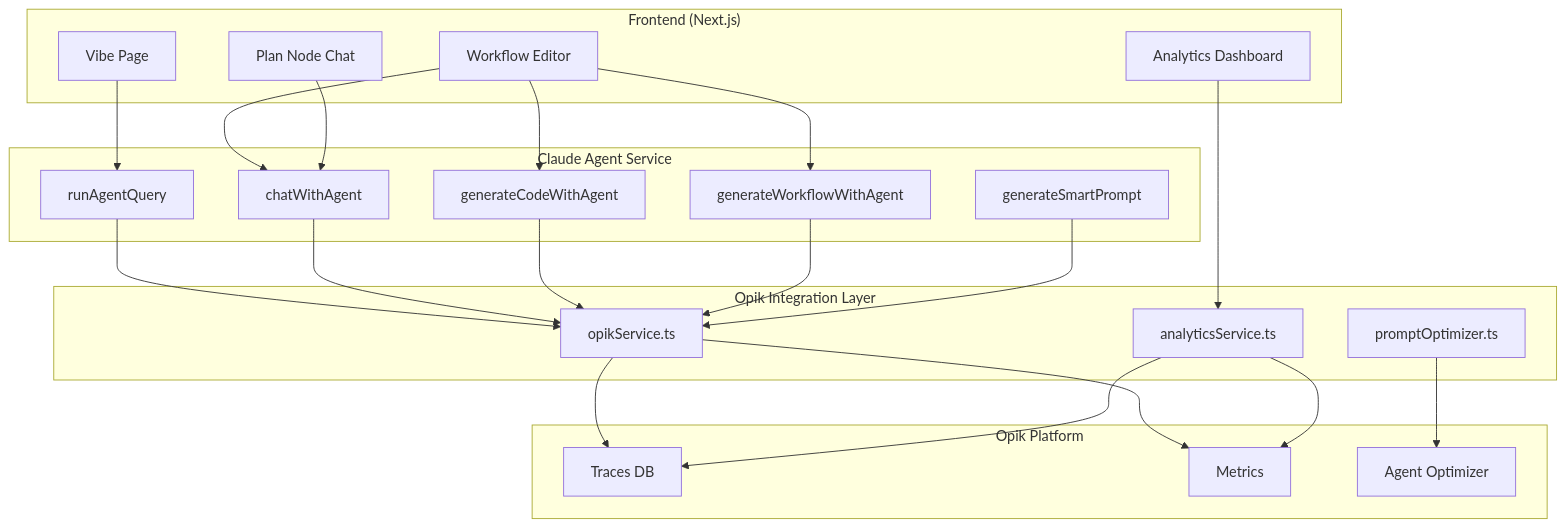
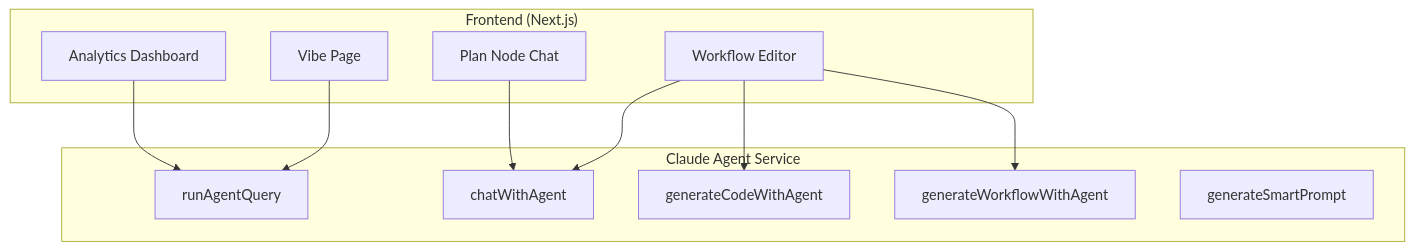
One commit to Axio-Lab/verxio-api changed the diagram in README.md. Above: the diagram before and after it, drawn with Mermaid. The commit also changed 22 other files, not shown here.

````diff
--- a/README.md
+++ b/README.md
@@ -25,49 +25,25 @@
 ```mermaid
 flowchart TB
     subgraph Frontend["Frontend (Next.js)"]
         VibePage[Vibe Page]
         WorkflowEditor[Workflow Editor]
         PlanNode[Plan Node Chat]
         AnalyticsPage[Analytics Dashboard]
     end
     
     subgraph AgentService["Claude Agent Service"]
         runAgentQuery[runAgentQuery]
         chatWithAgent[chatWithAgent]
         generateCode[generateCodeWithAgent]
         generateWorkflow[generateWorkflowWithAgent]
         generateSmartPrompt[generateSmartPrompt]
     end
     
-    subgraph OpikLayer["Opik Integration Layer"]
-        OpikService[opikService.ts]
-        PromptOptimizer[promptOptimizer.ts]
-        AnalyticsService[analyticsService.ts]
-    end
-    
-    subgraph Opik["Opik Platform"]
-        Traces[Traces DB]
-        Metrics[Metrics]
-        Optimizer[Agent Optimizer]
-    end
-    
     VibePage --> runAgentQuery
     WorkflowEditor --> generateWorkflow
     WorkflowEditor --> chatWithAgent
     PlanNode --> chatWithAgent
     WorkflowEditor --> generateCode
     
-    runAgentQuery --> OpikService
-    chatWithAgent --> OpikService
-    generateCode --> OpikService
-    generateWorkflow --> OpikService
-    generateSmartPrompt --> OpikService
-    
-    OpikService --> Traces
-    OpikService --> Metrics
-    PromptOptimizer --> Optimizer
-    
-    AnalyticsService --> Traces
-    AnalyticsService --> Metrics
-    AnalyticsPage --> AnalyticsService
+    AnalyticsPage --> runAgentQuery
 ```
````
